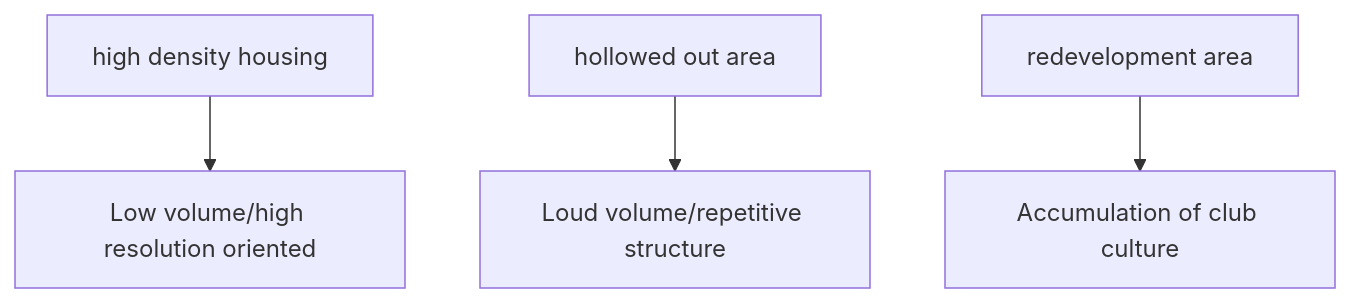
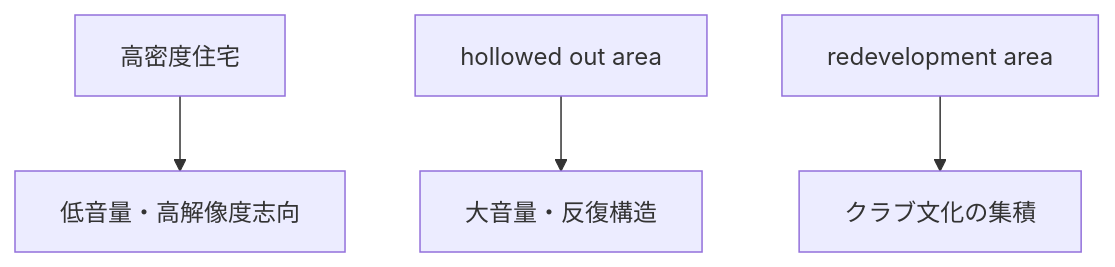
One commit to monumental-movement/monumental-movement.github.io changed the second of 3 diagrams in en/_posts/2026-02-06-column-music-urban-space.md. Above: the diagram before and after it, drawn with Mermaid. The commit also changed other lines of this file and 2196 other files, not shown here.

```diff
--- a/en/_posts/2026-02-06-column-music-urban-space.md
+++ b/en/_posts/2026-02-06-column-music-urban-space.md
@@ -198,6 +197,6 @@
 <div class="mermaid">
 flowchart TB
-A[high density housing] --> B[Low volume/high resolution oriented]
-C[hollowed out area] --> D[Loud volume/repetitive structure]
-E[redevelopment area] --> F[Accumulation of club culture]
+A[高密度住宅] --> B[低音量・高解像度志向]
+C[hollowed out area] --> D[大音量・反復構造]
+E[redevelopment area] --> F[クラブ文化の集積]
 </div>
```
